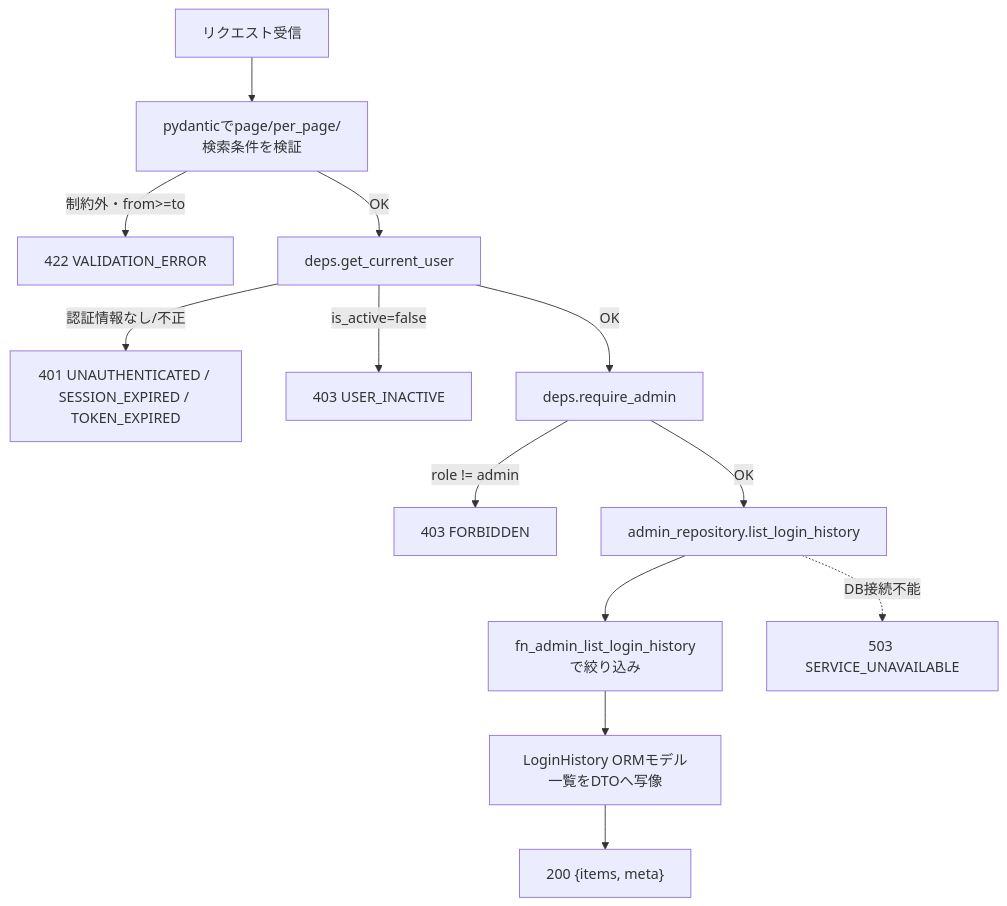
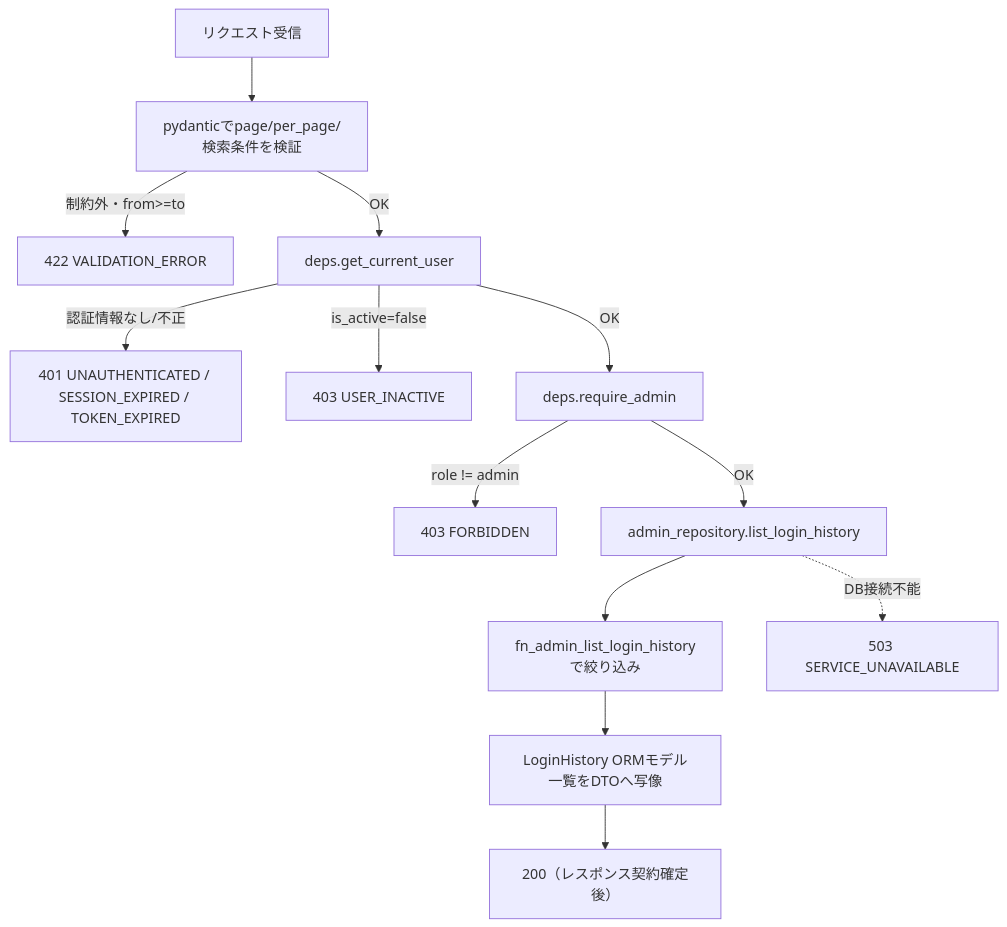
The second of 4 diagrams in docs/detailed_design/api/admin/07_get_admin_login_history.md (oikawa-d/task_management), drawn with Mermaid before and after one commit. The commit also changed other lines of this file and 2 other files, not shown here.

````diff
--- a/docs/detailed_design/api/admin/07_get_admin_login_history.md
+++ b/docs/detailed_design/api/admin/07_get_admin_login_history.md
@@ -131,15 +133,15 @@
 ```mermaid
 flowchart TB
     A["リクエスト受信"] --> B["pydanticでpage/per_page/検索条件を検証"]
     B -->|"制約外・from>=to"| B1["422 VALIDATION_ERROR"]
     B -->|"OK"| C["deps.get_current_user"]
     C -->|"認証情報なし/不正"| C1["401 UNAUTHENTICATED / SESSION_EXPIRED / TOKEN_EXPIRED"]
     C -->|"is_active=false"| C2["403 USER_INACTIVE"]
     C -->|"OK"| E["deps.require_admin"]
     E -->|"role != admin"| E1["403 FORBIDDEN"]
     E -->|"OK"| F["admin_repository.list_login_history"]
     F --> G["fn_admin_list_login_historyで絞り込み"]
     G --> H["LoginHistory ORMモデル一覧をDTOへ写像"]
-    H --> I["200 {items, meta}"]
+    H --> I["200（レスポンス契約確定後）"]
     F -.->|"DB接続不能"| J["503 SERVICE_UNAVAILABLE"]
 ```
````
